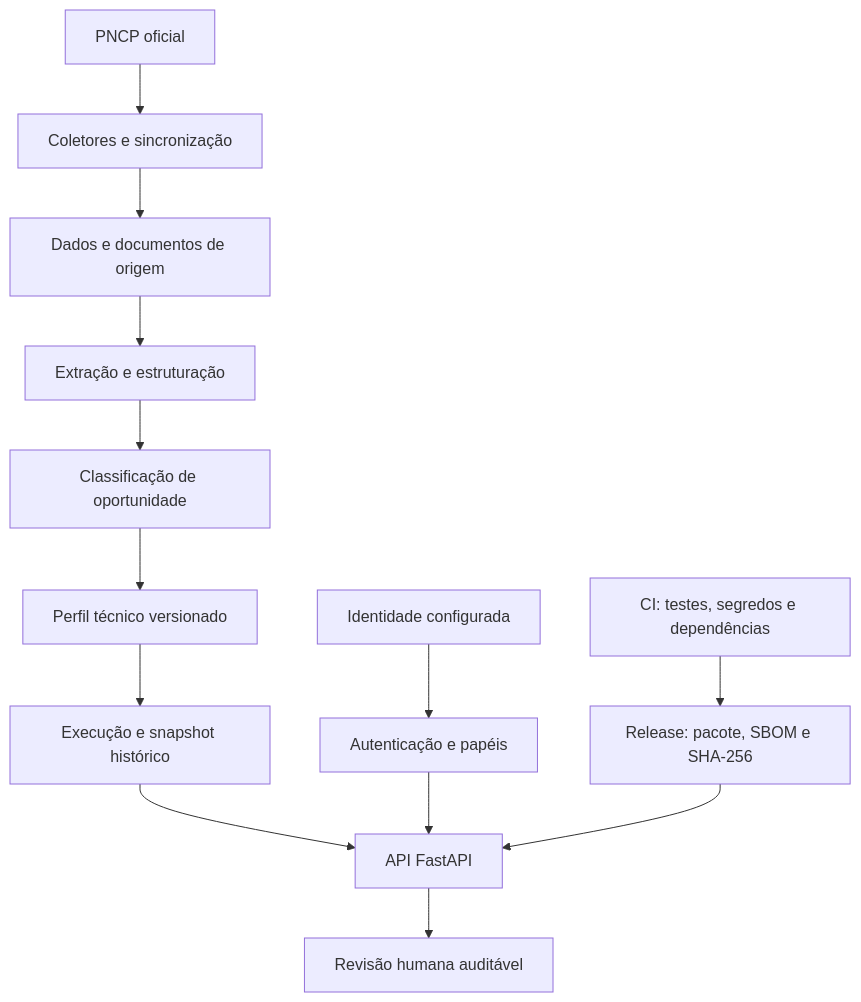
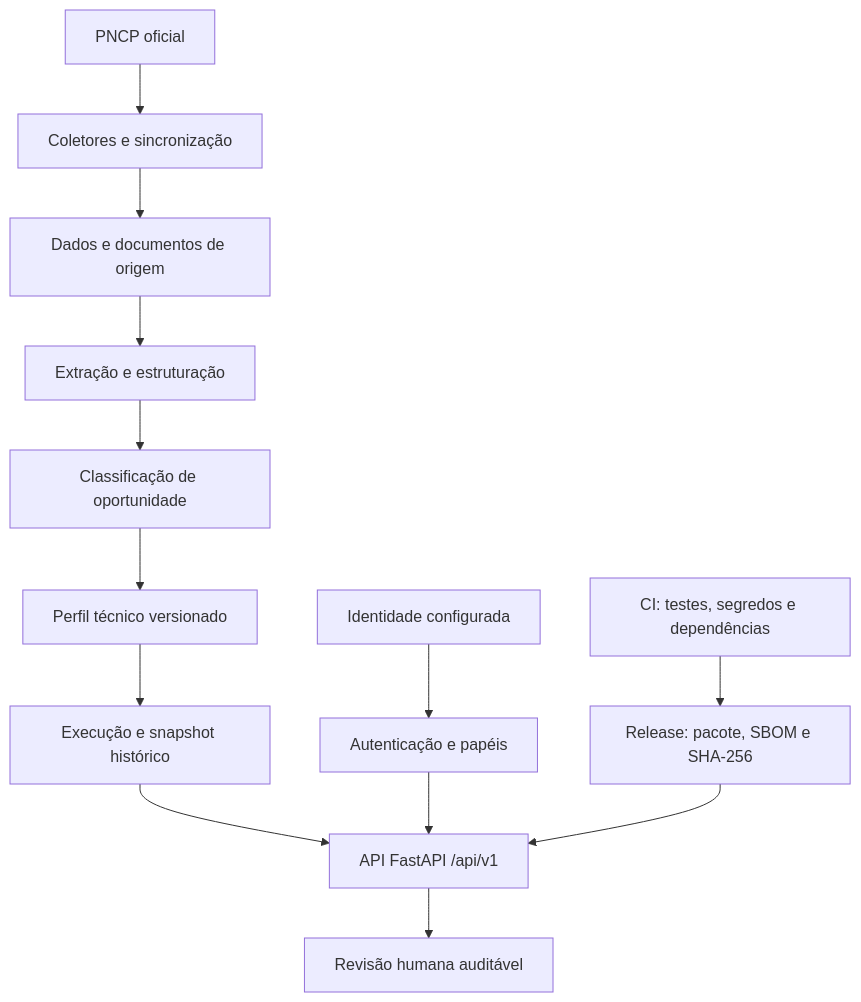
The diagram in docs/architecture.md (adilsonsg/sigarp), drawn with Mermaid before and after one commit. The commit also changed other lines of this file and 30 other files, not shown here.

````diff
--- a/docs/architecture.md
+++ b/docs/architecture.md
@@ -8,15 +8,15 @@
 ```mermaid
 flowchart TD
     PNCP["PNCP oficial"] --> COL["Coletores e sincronização"]
     COL --> RAW["Dados e documentos de origem"]
     RAW --> EXT["Extração e estruturação"]
     EXT --> CLS["Classificação de oportunidade"]
     CLS --> PRF["Perfil técnico versionado"]
     PRF --> AUD["Execução e snapshot histórico"]
-    AUD --> API["API FastAPI"]
+    AUD --> API["API FastAPI /api/v1"]
     ID["Identidade configurada"] --> AUTH["Autenticação e papéis"]
     AUTH --> API
     API --> REV["Revisão humana auditável"]
     CI["CI: testes, segredos e dependências"] --> REL["Release: pacote, SBOM e SHA-256"]
     REL --> API
 ```
````
